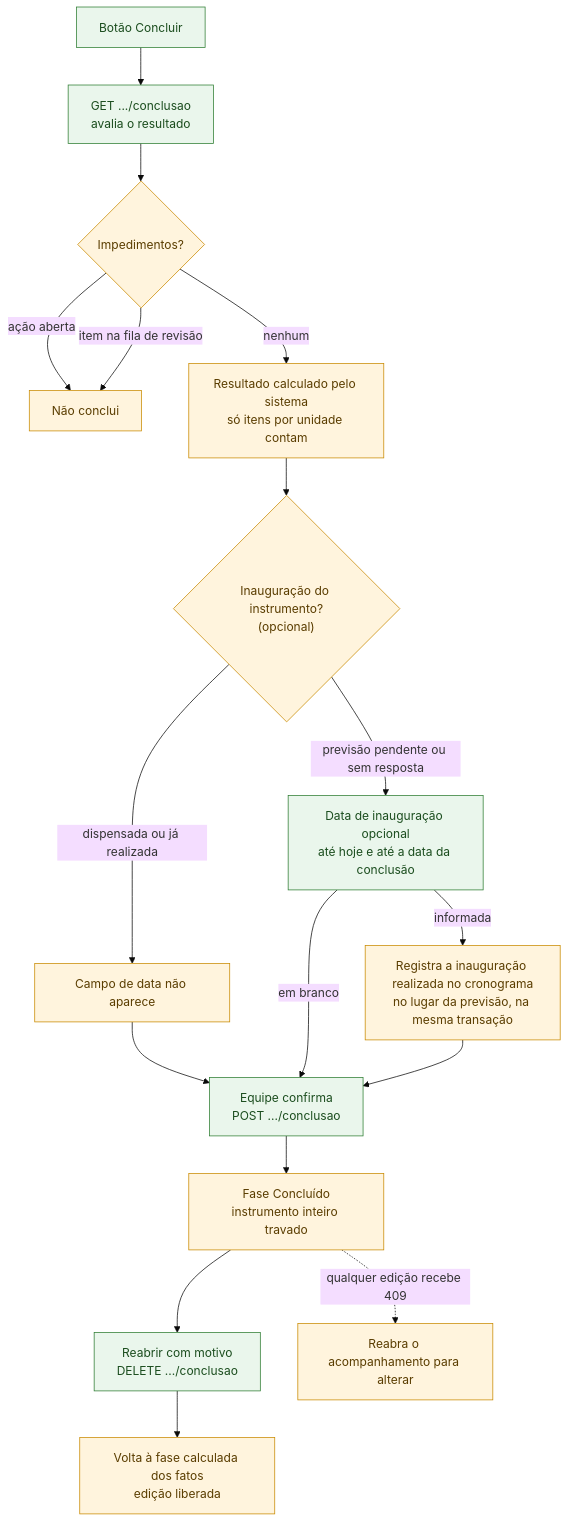
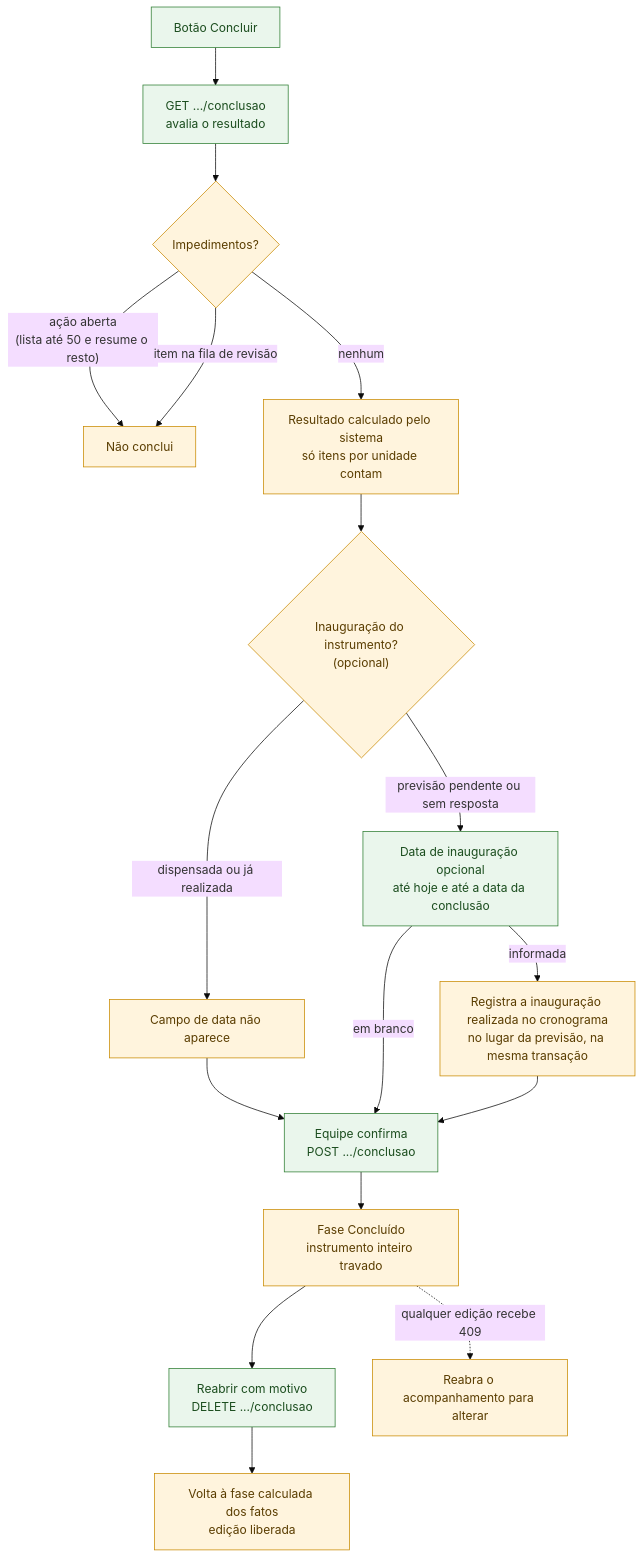
The sixth of 11 diagrams in docs/arquitetura/mapa-monitoramento-interno-2026-11-19.md (devs-ministerio/par_equipamentos), drawn with Mermaid (base theme) before and after one commit. The commit also changed 4 other files, not shown here.

````diff
--- a/docs/arquitetura/mapa-monitoramento-interno-2026-11-19.md
+++ b/docs/arquitetura/mapa-monitoramento-interno-2026-11-19.md
@@ -221,22 +221,22 @@
 ```mermaid
 flowchart TB
     classDef regra fill:#FFF4DD,stroke:#C98A00,color:#5a3d00
     classDef acao fill:#EAF6EC,stroke:#2E7D32,color:#1b4d1e
     A["Botão Concluir"]:::acao --> AV["GET .../conclusao<br/>avalia o resultado"]:::acao
     AV --> IMP{"Impedimentos?"}:::regra
-    IMP -->|"ação aberta"| X["Não conclui"]:::regra
+    IMP -->|"ação aberta<br/>(lista até 50 e resume o resto)"| X["Não conclui"]:::regra
     IMP -->|"item na fila de revisão"| X
     IMP -->|"nenhum"| RES["Resultado calculado pelo sistema<br/>só itens por unidade contam"]:::regra
     RES --> INA{"Inauguração do instrumento?<br/>(opcional)"}:::regra
     INA -->|"dispensada ou já realizada"| SEMCAMPO["Campo de data não aparece"]:::regra
     INA -->|"previsão pendente ou sem resposta"| CAMPO["Data de inauguração opcional<br/>até hoje e até a data da conclusão"]:::acao
     CAMPO -->|"em branco"| CONF
     CAMPO -->|"informada"| REAL["Registra a inauguração realizada no cronograma<br/>no lugar da previsão, na mesma transação"]:::regra
     SEMCAMPO --> CONF
     REAL --> CONF
     CONF["Equipe confirma<br/>POST .../conclusao"]:::acao
     CONF --> FIM["Fase Concluído<br/>instrumento inteiro travado"]:::regra
     FIM --> REAB["Reabrir com motivo<br/>DELETE .../conclusao"]:::acao
     REAB --> VOLTA["Volta à fase calculada dos fatos<br/>edição liberada"]:::regra
     FIM -. "qualquer edição recebe 409" .-> BLOQ["Reabra o acompanhamento para alterar"]:::regra
 ```
````
